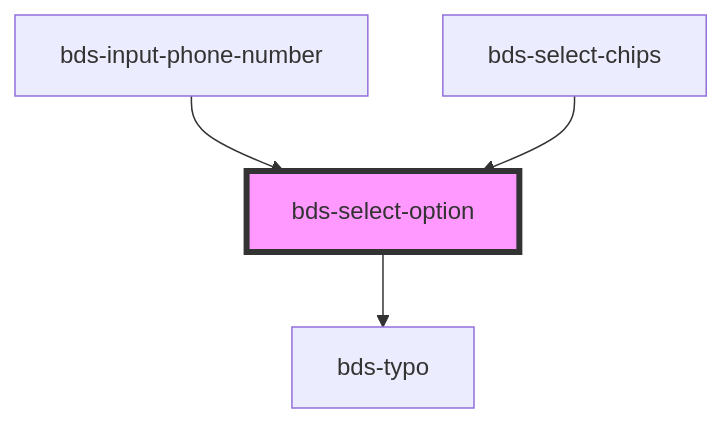
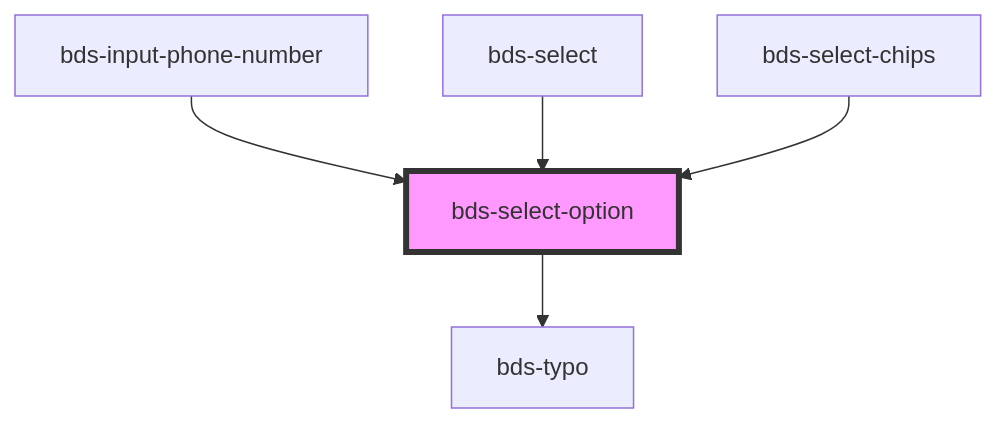
The diagram in src/components/select-option/readme.md (takenet/blip-ds), drawn with Mermaid before and after one commit. The commit also changed other lines of this file and 3 other files, not shown here.

````diff
--- a/src/components/select-option/readme.md
+++ b/src/components/select-option/readme.md
@@ -41,7 +42,8 @@
 ```mermaid
 graph TD;
   bds-select-option --> bds-typo
   bds-input-phone-number --> bds-select-option
+  bds-select --> bds-select-option
   bds-select-chips --> bds-select-option
   style bds-select-option fill:#f9f,stroke:#333,stroke-width:4px
 ```
````
